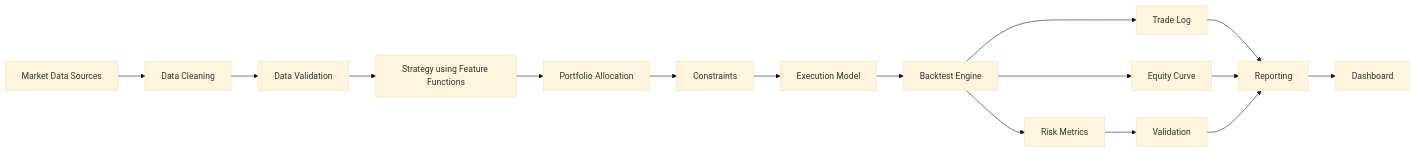
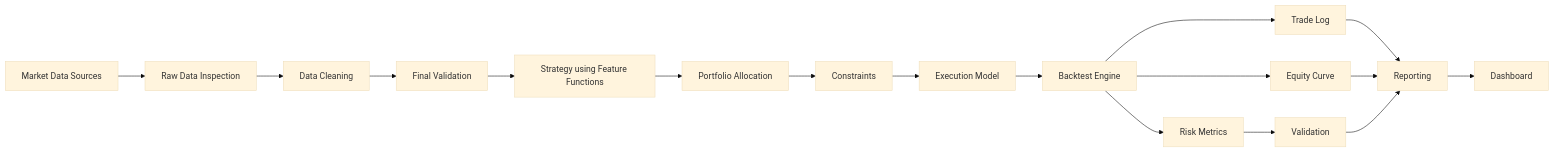
The diagram in docs/architecture.md (sefaav/QuantLab), drawn with Mermaid (base theme) before and after one commit. The commit also changed other lines of this file and 123 other files, not shown here.

````diff
--- a/docs/architecture.md
+++ b/docs/architecture.md
@@ -9,18 +9,19 @@
 ```mermaid
 flowchart LR
-    A[Market Data Sources] --> B[Data Cleaning]
-    B --> C[Data Validation]
+    A[Market Data Sources] --> A2[Raw Data Inspection]
+    A2 --> B[Data Cleaning]
+    B --> C[Final Validation]
     C --> E[Strategy using Feature Functions]
     E --> F[Portfolio Allocation]
     F --> G[Constraints]
     G --> H[Execution Model]
     H --> I[Backtest Engine]
     I --> J[Risk Metrics]
     I --> K[Trade Log]
     I --> L[Equity Curve]
     J --> M[Validation]
     K --> N[Reporting]
     L --> N
     M --> N
     N --> O[Dashboard]
 ```
````
